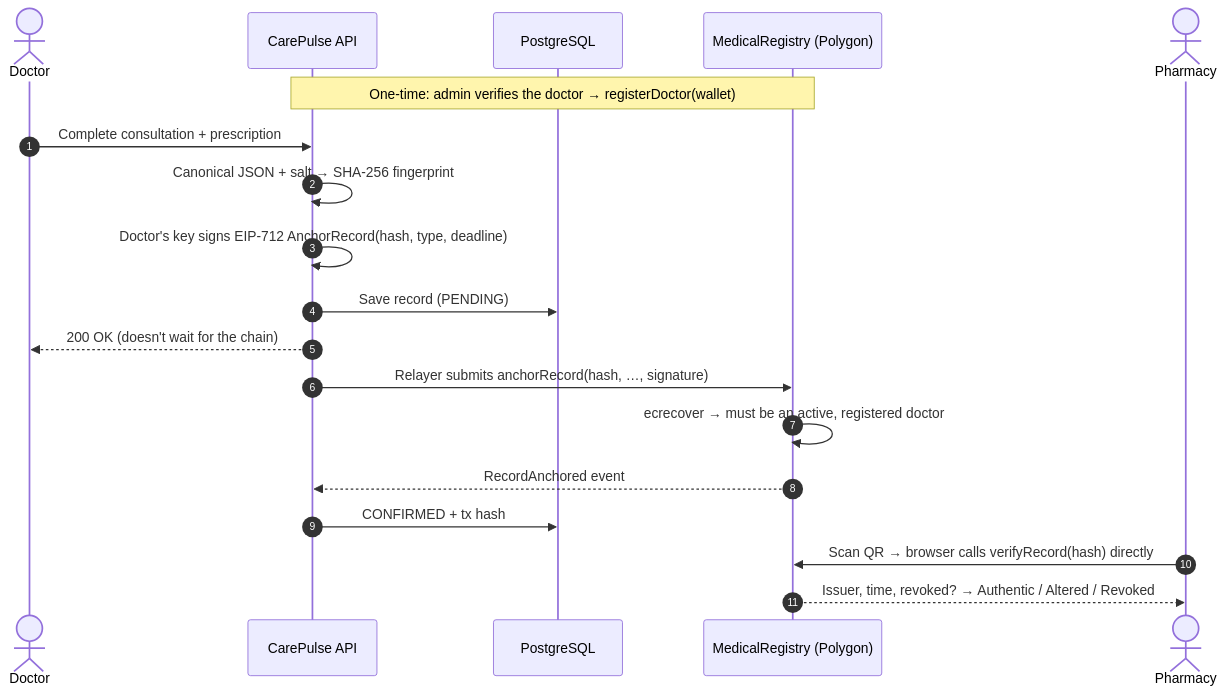
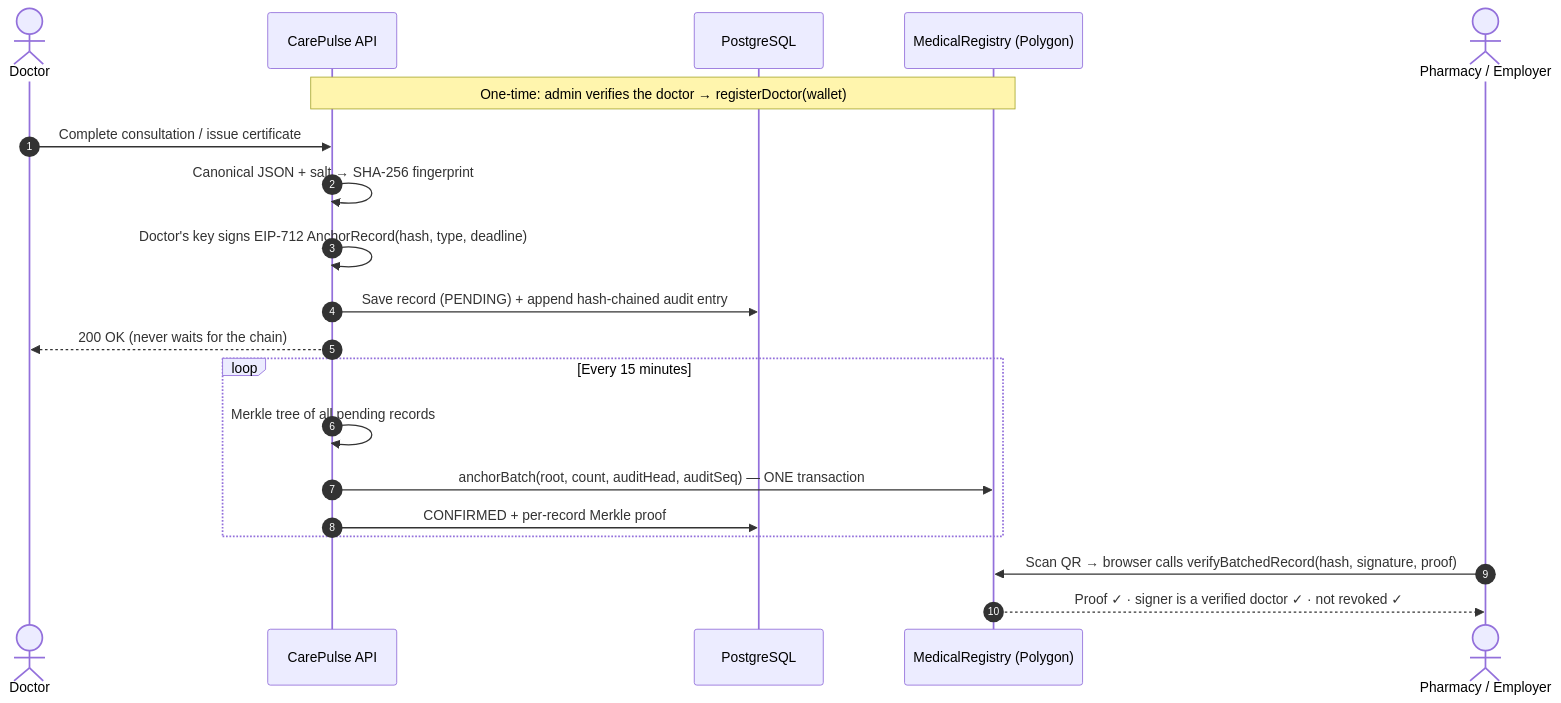
The diagram in README.md (Sujal-tyagi17/Care-Pulse), drawn with Mermaid before and after one commit. The commit also changed other lines of this file and 35 other files, not shown here.

First line of the commit message:
feat: Merkle-batched anchoring, verifiable medical certificates, tamper-evident audit log

````diff
--- a/README.md
+++ b/README.md
@@ -190,22 +192,23 @@
 ```mermaid
 sequenceDiagram
     autonumber
     actor Dr as Doctor
     participant API as CarePulse API
     participant DB as PostgreSQL
     participant SC as MedicalRegistry (Polygon)
-    actor Ph as Pharmacy
+    actor V as Pharmacy / Employer
 
     Note over API,SC: One-time: admin verifies the doctor → registerDoctor(wallet)
-    Dr->>API: Complete consultation + prescription
+    Dr->>API: Complete consultation / issue certificate
     API->>API: Canonical JSON + salt → SHA-256 fingerprint
     API->>API: Doctor's key signs EIP-712 AnchorRecord(hash, type, deadline)
-    API->>DB: Save record (PENDING)
-    API-->>Dr: 200 OK (doesn't wait for the chain)
-    API->>SC: Relayer submits anchorRecord(hash, …, signature)
-    SC->>SC: ecrecover → must be an active, registered doctor
-    SC-->>API: RecordAnchored event
-    API->>DB: CONFIRMED + tx hash
-    Ph->>SC: Scan QR → browser calls verifyRecord(hash) directly
-    SC-->>Ph: Issuer, time, revoked? → Authentic / Altered / Revoked
+    API->>DB: Save record (PENDING) + append hash-chained audit entry
+    API-->>Dr: 200 OK (never waits for the chain)
+    loop Every 15 minutes
+        API->>API: Merkle tree of all pending records
+        API->>SC: anchorBatch(root, count, auditHead, auditSeq) — ONE transaction
+        API->>DB: CONFIRMED + per-record Merkle proof
+    end
+    V->>SC: Scan QR → browser calls verifyBatchedRecord(hash, signature, proof)
+    SC-->>V: Proof ✓ · signer is a verified doctor ✓ · not revoked ✓
 ```
````
